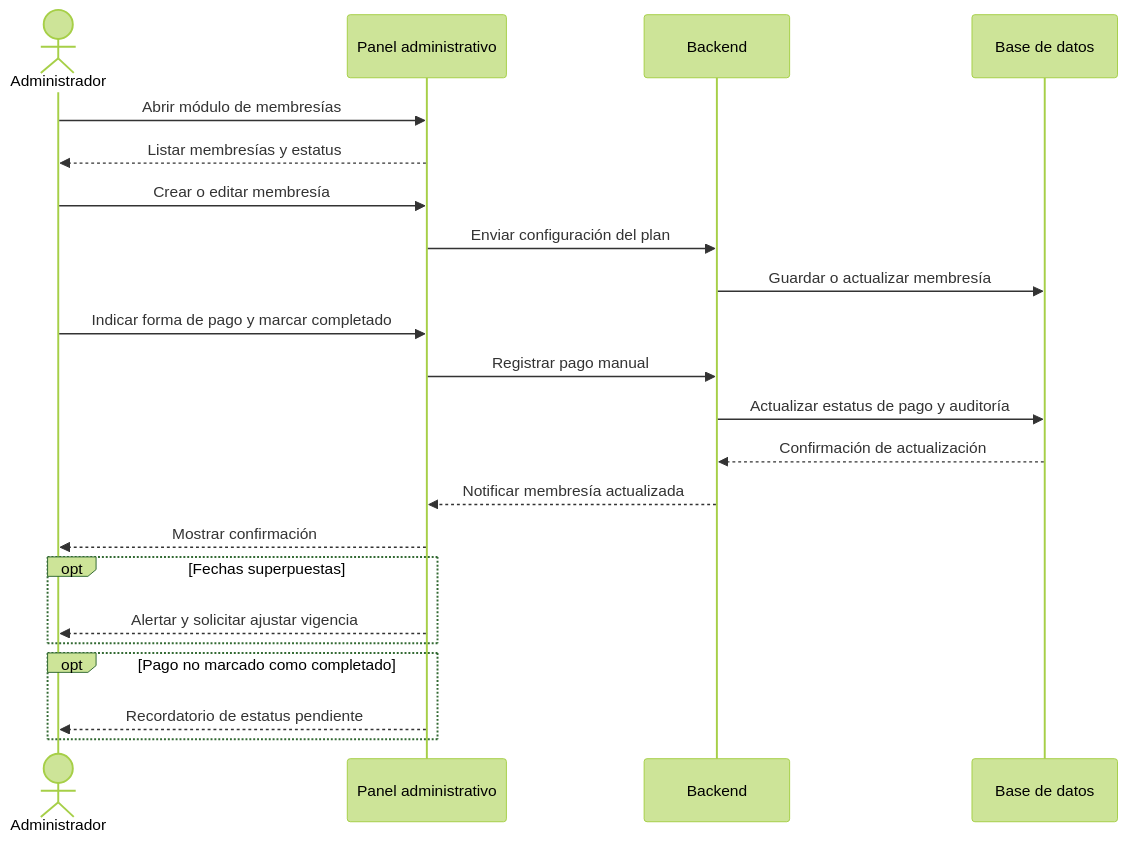
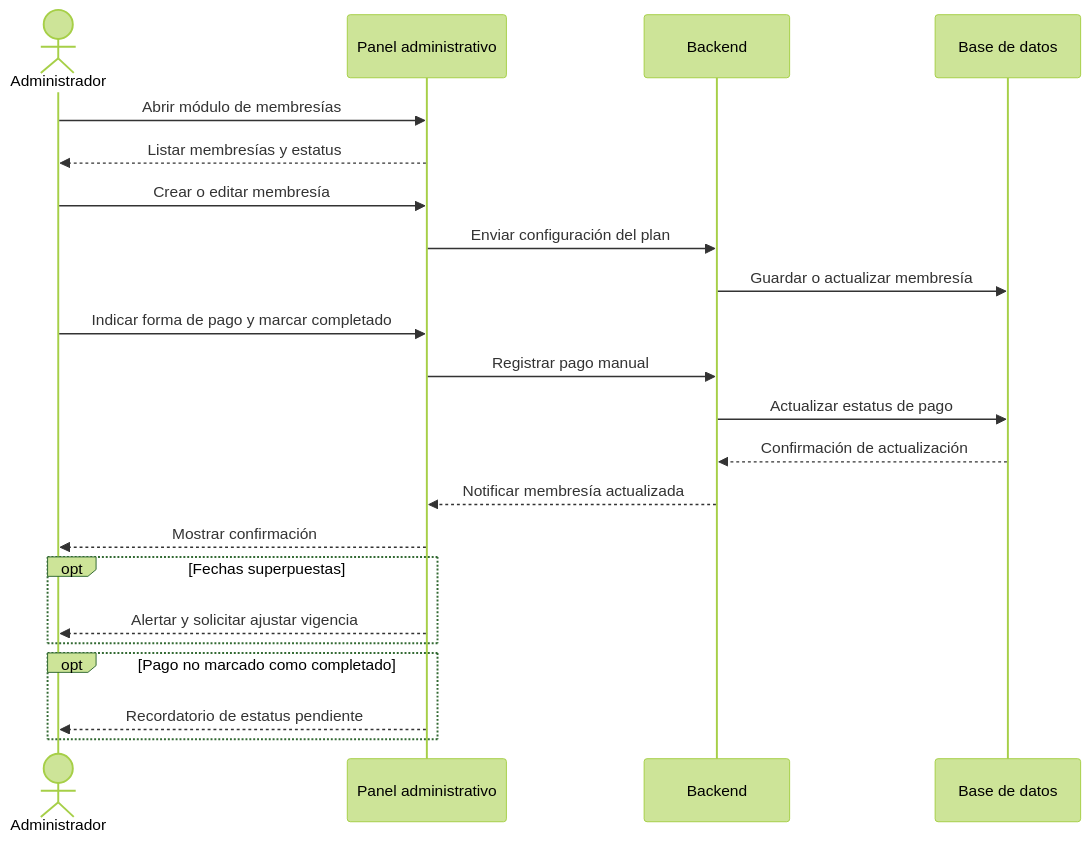
One commit to felixherrera2196/GymApp changed the third of 7 diagrams in diagramas_secuencia.md. Above: the diagram before and after it, drawn with Mermaid (forest theme). The commit also changed other lines of this file and 7 other files, not shown here.

````diff
--- a/diagramas_secuencia.md
+++ b/diagramas_secuencia.md
@@ -61,25 +59,25 @@
 ```mermaid
 sequenceDiagram
     actor Administrador
     participant Panel as Panel administrativo
     participant Backend
     participant DB as Base de datos
 
     Administrador->>Panel: Abrir módulo de membresías
     Panel-->>Administrador: Listar membresías y estatus
     Administrador->>Panel: Crear o editar membresía
     Panel->>Backend: Enviar configuración del plan
     Backend->>DB: Guardar o actualizar membresía
     Administrador->>Panel: Indicar forma de pago y marcar completado
     Panel->>Backend: Registrar pago manual
-    Backend->>DB: Actualizar estatus de pago y auditoría
+    Backend->>DB: Actualizar estatus de pago
     DB-->>Backend: Confirmación de actualización
     Backend-->>Panel: Notificar membresía actualizada
     Panel-->>Administrador: Mostrar confirmación
     opt Fechas superpuestas
         Panel-->>Administrador: Alertar y solicitar ajustar vigencia
     end
     opt Pago no marcado como completado
         Panel-->>Administrador: Recordatorio de estatus pendiente
     end
 ```
````
